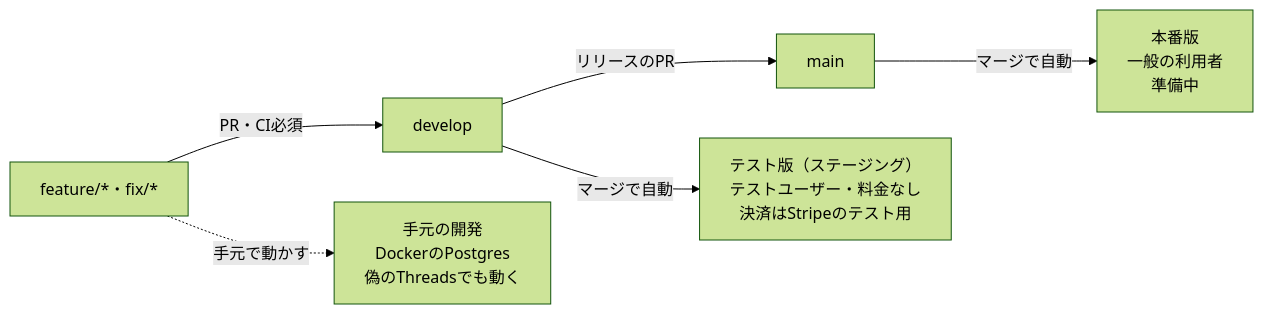
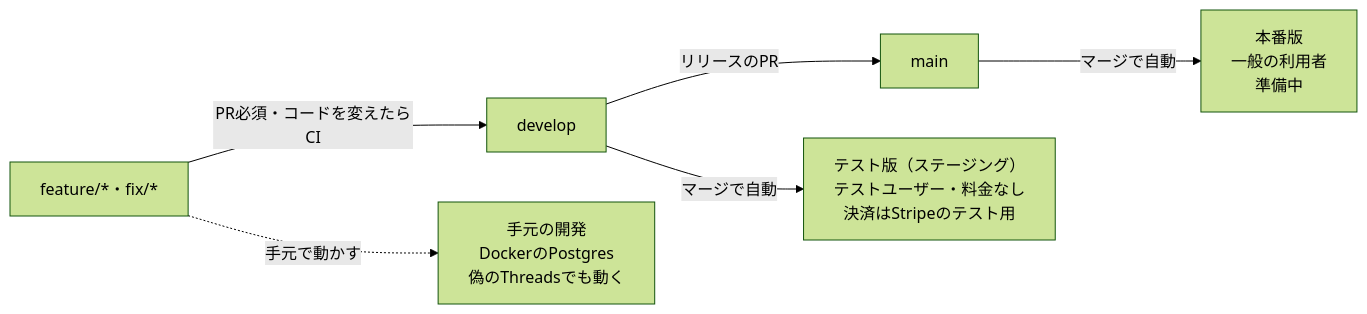
One commit to takumi-okuya-dev/meguru-app changed the second of 3 diagrams in docs/architecture.md. Above: the diagram before and after it, drawn with Mermaid (forest theme). The commit also changed other lines of this file and 19 other files, not shown here.

````diff
--- a/docs/architecture.md
+++ b/docs/architecture.md
@@ -99,8 +99,8 @@
 ```mermaid
 flowchart LR
-  feat["feature/*・fix/*"] -- "PR・CI必須" --> develop["develop"]
+  feat["feature/*・fix/*"] -- "PR必須・コードを変えたらCI" --> develop["develop"]
   develop -- "リリースのPR" --> main["main"]
   feat -. "手元で動かす" .-> local["手元の開発<br/>DockerのPostgres<br/>偽のThreadsでも動く"]
   develop -- "マージで自動" --> staging["テスト版（ステージング）<br/>テストユーザー・料金なし<br/>決済はStripeのテスト用"]
   main -- "マージで自動" --> prod["本番版<br/>一般の利用者<br/>準備中"]
 ```
````
